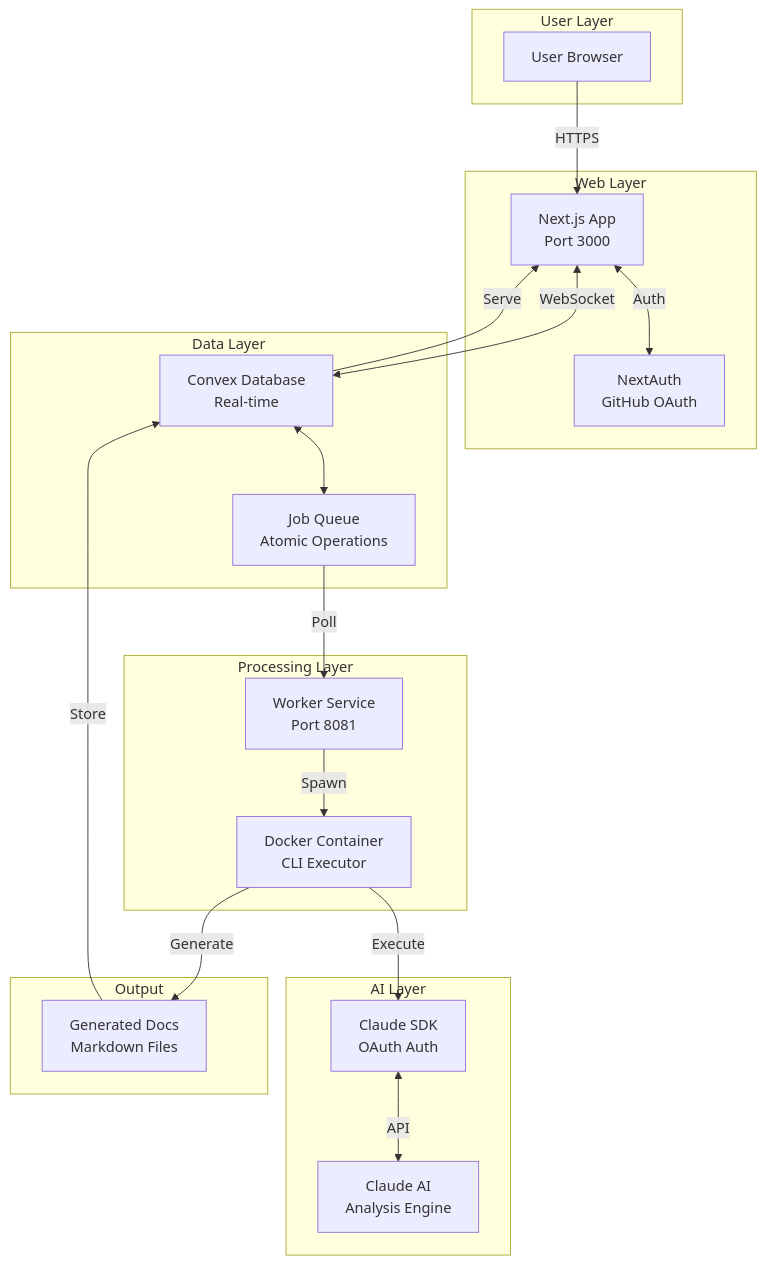
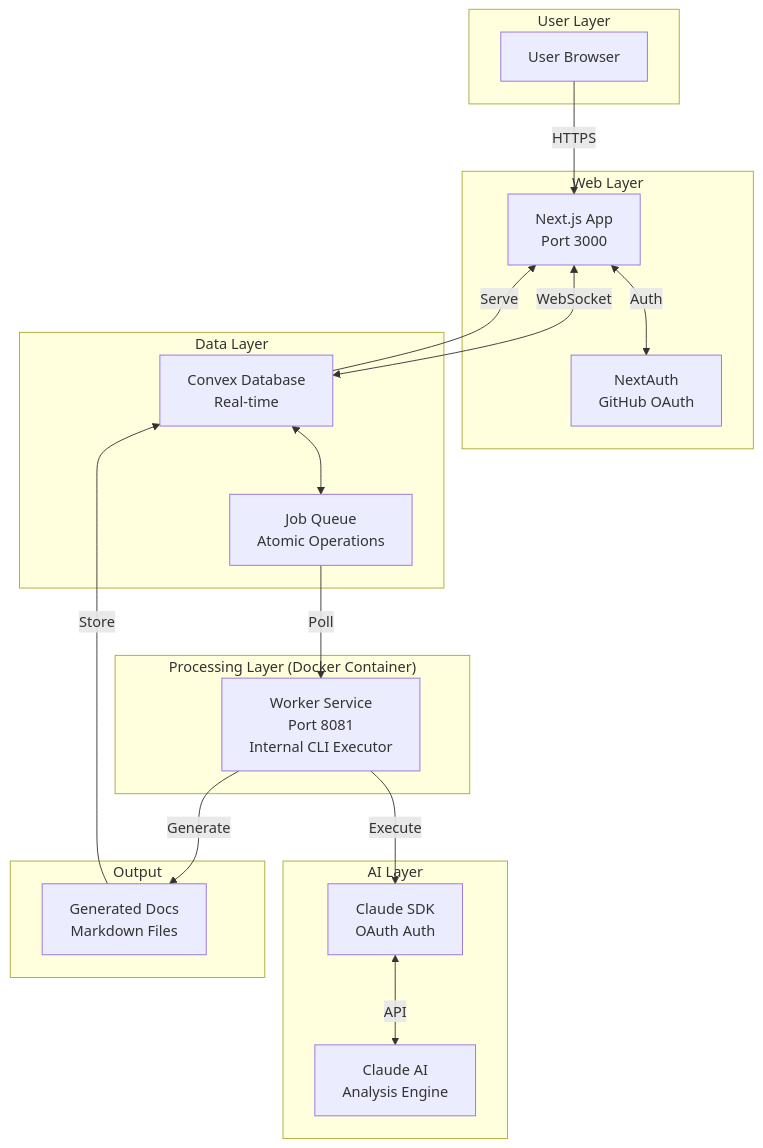
The first of 2 diagrams in fondation/docs/ARCHITECTURE.md (Salwen92/fondation-web-app), drawn with Mermaid before and after one commit. The commit also changed other lines of this file and 13 other files, not shown here.

````diff
--- a/fondation/docs/ARCHITECTURE.md
+++ b/fondation/docs/ARCHITECTURE.md
@@ -7,42 +7,40 @@
 ```mermaid
 graph TB
     subgraph "User Layer"
         U[User Browser]
     end
     
     subgraph "Web Layer"
         W[Next.js App<br/>Port 3000]
         A[NextAuth<br/>GitHub OAuth]
     end
     
     subgraph "Data Layer"
         C[Convex Database<br/>Real-time]
         Q[Job Queue<br/>Atomic Operations]
     end
     
-    subgraph "Processing Layer"
-        WK[Worker Service<br/>Port 8081]
-        D[Docker Container<br/>CLI Executor]
+    subgraph "Processing Layer (Docker Container)"
+        WK[Worker Service<br/>Port 8081<br/>Internal CLI Executor]
     end
     
     subgraph "AI Layer"
         CL[Claude SDK<br/>OAuth Auth]
         AI[Claude AI<br/>Analysis Engine]
     end
     
     subgraph "Output"
         GD[Generated Docs<br/>Markdown Files]
     end
     
     U -->|HTTPS| W
     W <-->|Auth| A
     W <-->|WebSocket| C
     C <--> Q
     Q -->|Poll| WK
-    WK -->|Spawn| D
-    D -->|Execute| CL
+    WK -->|Execute| CL
     CL <-->|API| AI
-    D -->|Generate| GD
+    WK -->|Generate| GD
     GD -->|Store| C
     C -->|Serve| W
 ```
````
